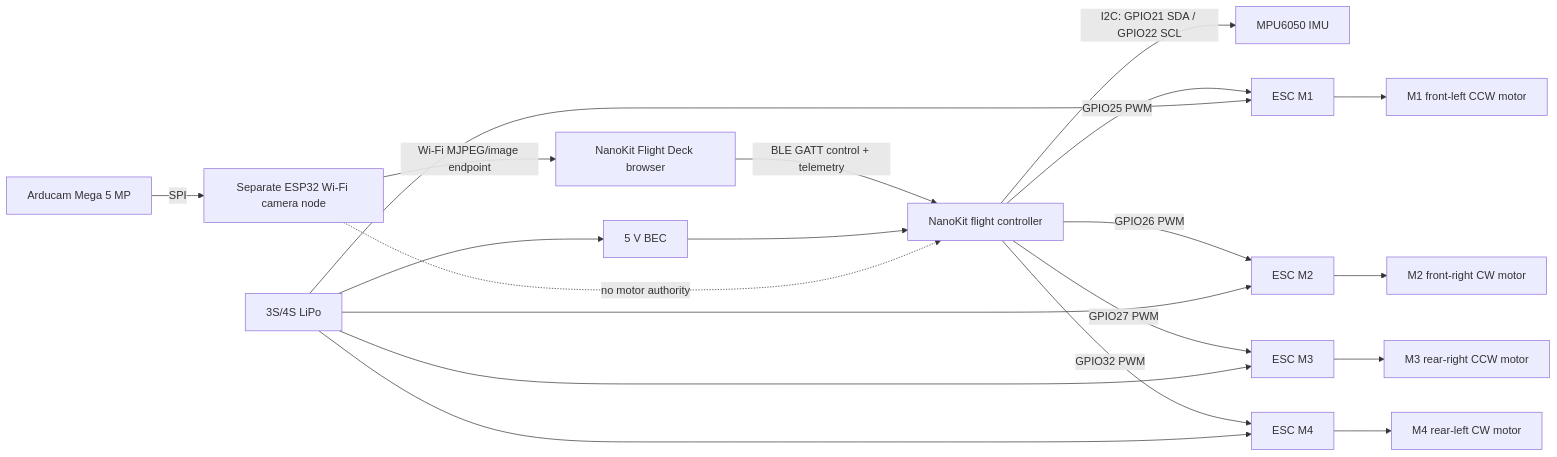
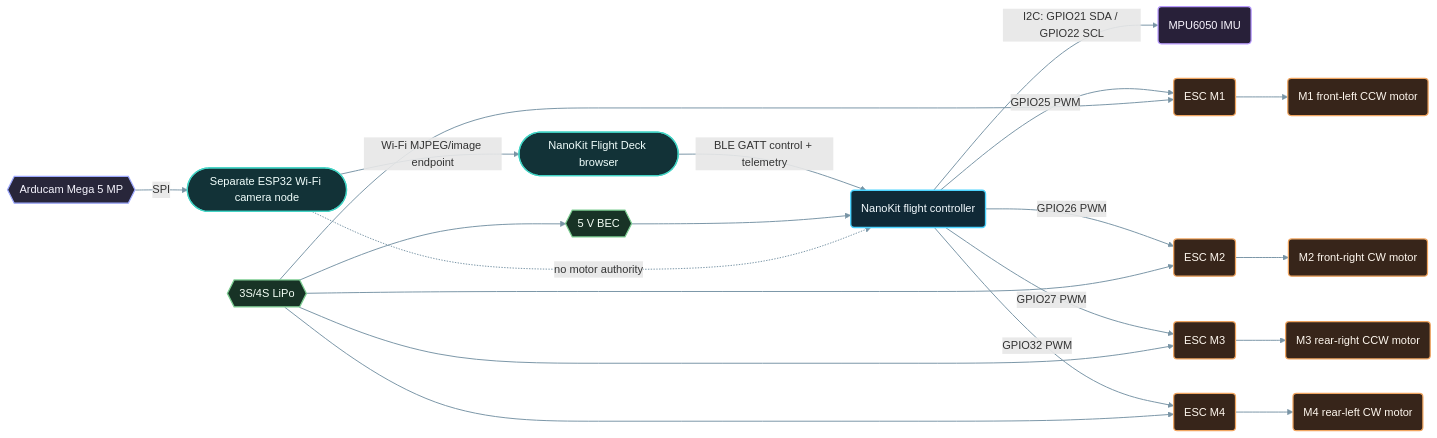
One commit to ProAmineOfficial/NanoKit-ESP32 changed the diagram in open_source_projects/nanokit_drone_4x_quadcopter/images/system-diagram.md. Above: the diagram before and after it, drawn with Mermaid. The commit also changed 15 other files, not shown here.

Commit message:
docs: apply semantic Mermaid styling

````diff
--- a/open_source_projects/nanokit_drone_4x_quadcopter/images/system-diagram.md
+++ b/open_source_projects/nanokit_drone_4x_quadcopter/images/system-diagram.md
@@ -5,22 +5,36 @@
 ```mermaid
 flowchart LR
-  Browser["NanoKit Flight Deck browser"] -->|"BLE GATT control + telemetry"| NanoKit["NanoKit flight controller"]
-  NanoKit -->|"I2C: GPIO21 SDA / GPIO22 SCL"| MPU["MPU6050 IMU"]
-  NanoKit -->|"GPIO25 PWM"| ESC1["ESC M1"]
-  NanoKit -->|"GPIO26 PWM"| ESC2["ESC M2"]
-  NanoKit -->|"GPIO27 PWM"| ESC3["ESC M3"]
-  NanoKit -->|"GPIO32 PWM"| ESC4["ESC M4"]
-  ESC1 --> M1["M1 front-left CCW motor"]
-  ESC2 --> M2["M2 front-right CW motor"]
-  ESC3 --> M3["M3 rear-right CCW motor"]
-  ESC4 --> M4["M4 rear-left CW motor"]
-  LIPO["3S/4S LiPo"] --> ESC1
+  Browser(["NanoKit Flight Deck browser"]) -->|"BLE GATT control + telemetry"| NanoKit("NanoKit flight controller")
+  NanoKit -->|"I2C: GPIO21 SDA / GPIO22 SCL"| MPU("MPU6050 IMU")
+  NanoKit -->|"GPIO25 PWM"| ESC1("ESC M1")
+  NanoKit -->|"GPIO26 PWM"| ESC2("ESC M2")
+  NanoKit -->|"GPIO27 PWM"| ESC3("ESC M3")
+  NanoKit -->|"GPIO32 PWM"| ESC4("ESC M4")
+  ESC1 --> M1("M1 front-left CCW motor")
+  ESC2 --> M2("M2 front-right CW motor")
+  ESC3 --> M3("M3 rear-right CCW motor")
+  ESC4 --> M4("M4 rear-left CW motor")
+  LIPO{{"3S/4S LiPo"}} --> ESC1
   LIPO --> ESC2
   LIPO --> ESC3
   LIPO --> ESC4
-  LIPO --> BEC["5 V BEC"]
+  LIPO --> BEC{{"5 V BEC"}}
   BEC --> NanoKit
-  Camera["Arducam Mega 5 MP"] -->|"SPI"| CameraNode["Separate ESP32 Wi-Fi camera node"]
+  Camera{{"Arducam Mega 5 MP"}} -->|"SPI"| CameraNode(["Separate ESP32 Wi-Fi camera node"])
   CameraNode -->|"Wi-Fi MJPEG/image endpoint"| Browser
   CameraNode -. "no motor authority" .-> NanoKit
+
+  classDef controller fill:#102936,stroke:#4dd4ff,stroke-width:2px,color:#f4fbff
+  classDef sensor fill:#282039,stroke:#b99bff,stroke-width:1.8px,color:#faf6ff
+  classDef communication fill:#123237,stroke:#42d4c5,stroke-width:1.8px,color:#f2fffd
+  classDef power fill:#183326,stroke:#7ccd91,stroke-width:1.8px,color:#f4fff6
+  classDef actuator fill:#37251a,stroke:#f0a560,stroke-width:1.8px,color:#fff8ef
+  classDef external fill:#28263a,stroke:#9ea9ff,stroke-width:1.8px,color:#f7f6ff
+  class NanoKit controller
+  class MPU sensor
+  class Browser,CameraNode communication
+  class LIPO,BEC power
+  class ESC1,ESC2,ESC3,ESC4,M1,M2,M3,M4 actuator
+  class Camera external
+  linkStyle default stroke:#7894a5,stroke-width:1.4px
 ```
````
